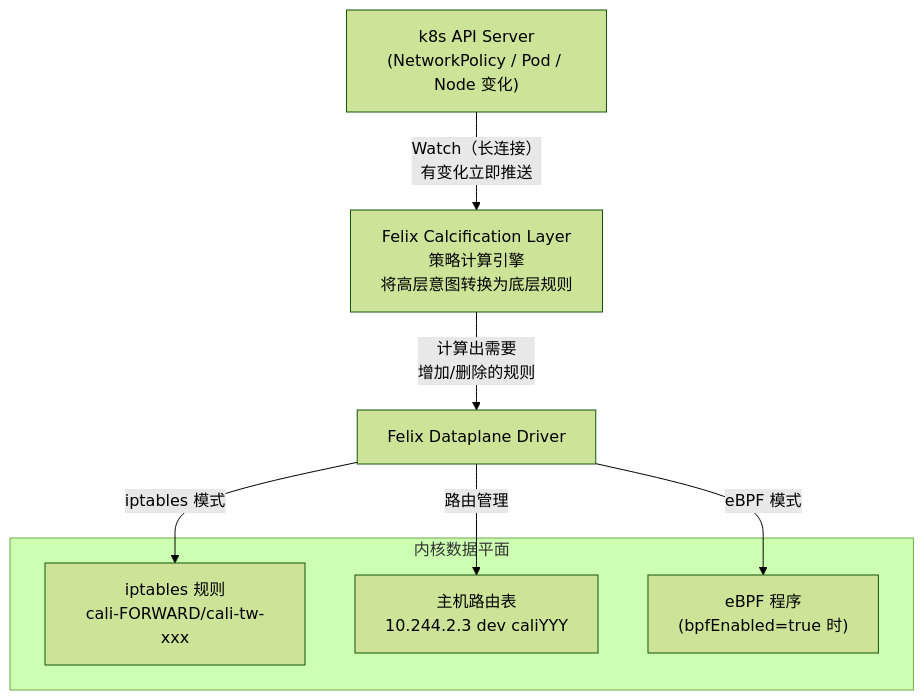
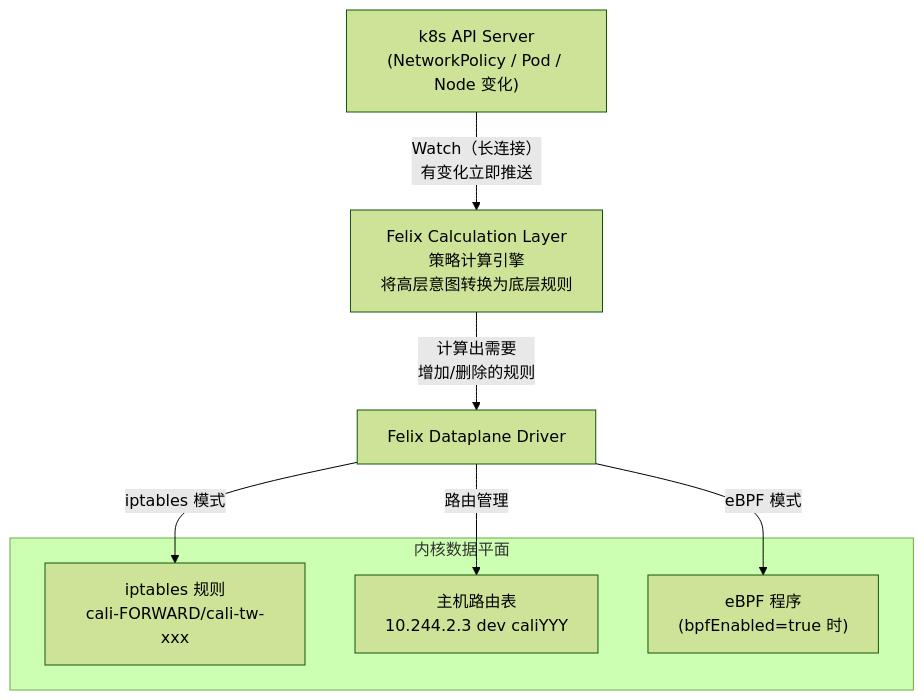
One commit to haiwei7050/notes changed diagram 15 of 16 in k8s/k8s集群网络笔记.md. Above: the diagram before and after it, drawn with Mermaid (forest theme). The commit also changed other lines of this file, not shown here.

````diff
--- a/k8s/k8s集群网络笔记.md
+++ b/k8s/k8s集群网络笔记.md
@@ -1150,18 +1264,18 @@
 ```mermaid
 graph TD
     API["k8s API Server<br/>(NetworkPolicy / Pod / Node 变化)"]
-    CALC["Felix Calcification Layer<br/>策略计算引擎<br/>将高层意图转换为底层规则"]
+    CALC["Felix Calculation Layer<br/>策略计算引擎<br/>将高层意图转换为底层规则"]
     DP["Felix Dataplane Driver"]
 
-    subgraph "内核数据平面"
+    subgraph FELIX_KERNEL_DP["内核数据平面"]
         IPT["iptables 规则<br/>cali-FORWARD/cali-tw-xxx"]
         ROUTE["主机路由表<br/>10.244.2.3 dev caliYYY"]
         BPF["eBPF 程序<br/>(bpfEnabled=true 时)"]
     end
 
     API -->|"Watch（长连接）<br/>有变化立即推送"| CALC
     CALC -->|"计算出需要<br/>增加/删除的规则"| DP
     DP -->|"iptables 模式"| IPT
     DP -->|"路由管理"| ROUTE
     DP -->|"eBPF 模式"| BPF
 ```
````
